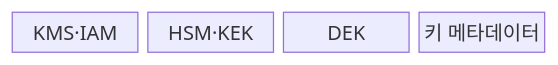
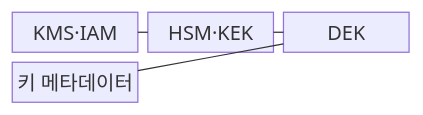
Before and after one commit to agnusdei1207/knowledge-base: the first of 2 diagrams in src/content/docs/notes/05-security/020_key_management_hsm_kms.md, drawn with Mermaid. The commit also changed other lines of this file and 151 other files, not shown here.

````diff
--- a/src/content/docs/notes/05-security/020_key_management_hsm_kms.md
+++ b/src/content/docs/notes/05-security/020_key_management_hsm_kms.md
@@ -63,8 +63,11 @@
 ```mermaid
 block-beta
-    columns 4
+    columns 3
     M["KMS·IAM"]
     H["HSM·KEK"]
     D["DEK"]
     E["키 메타데이터"]
+    M --- H
+    H --- D
+    D --- E
 ```
````
